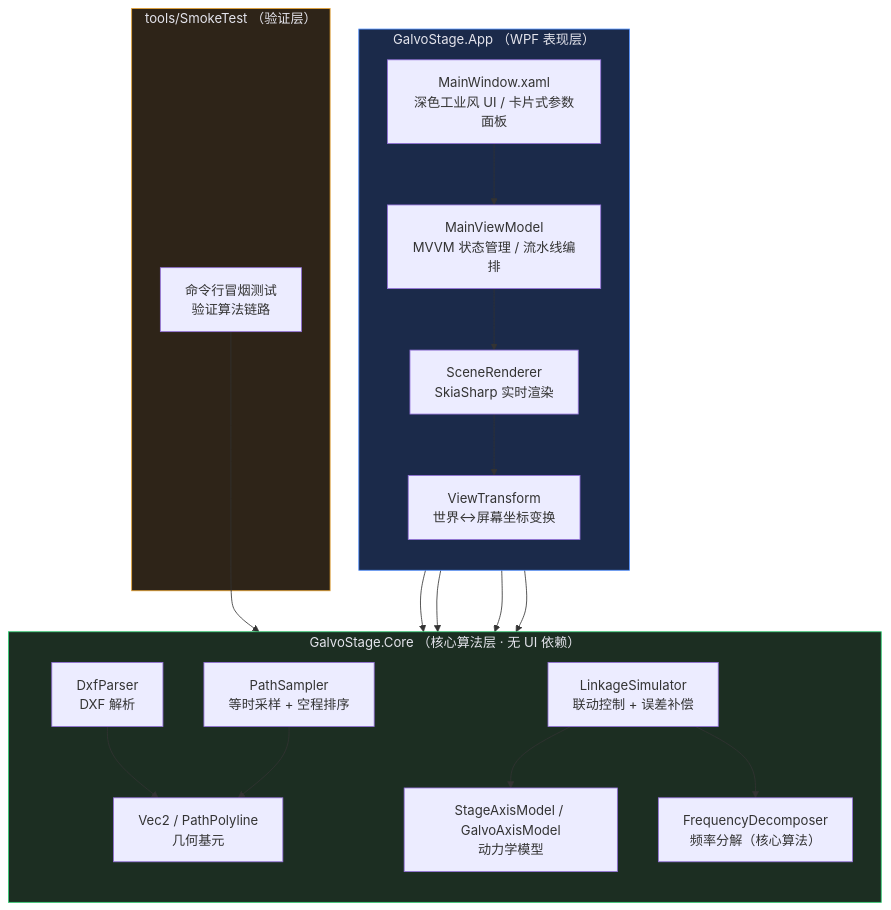
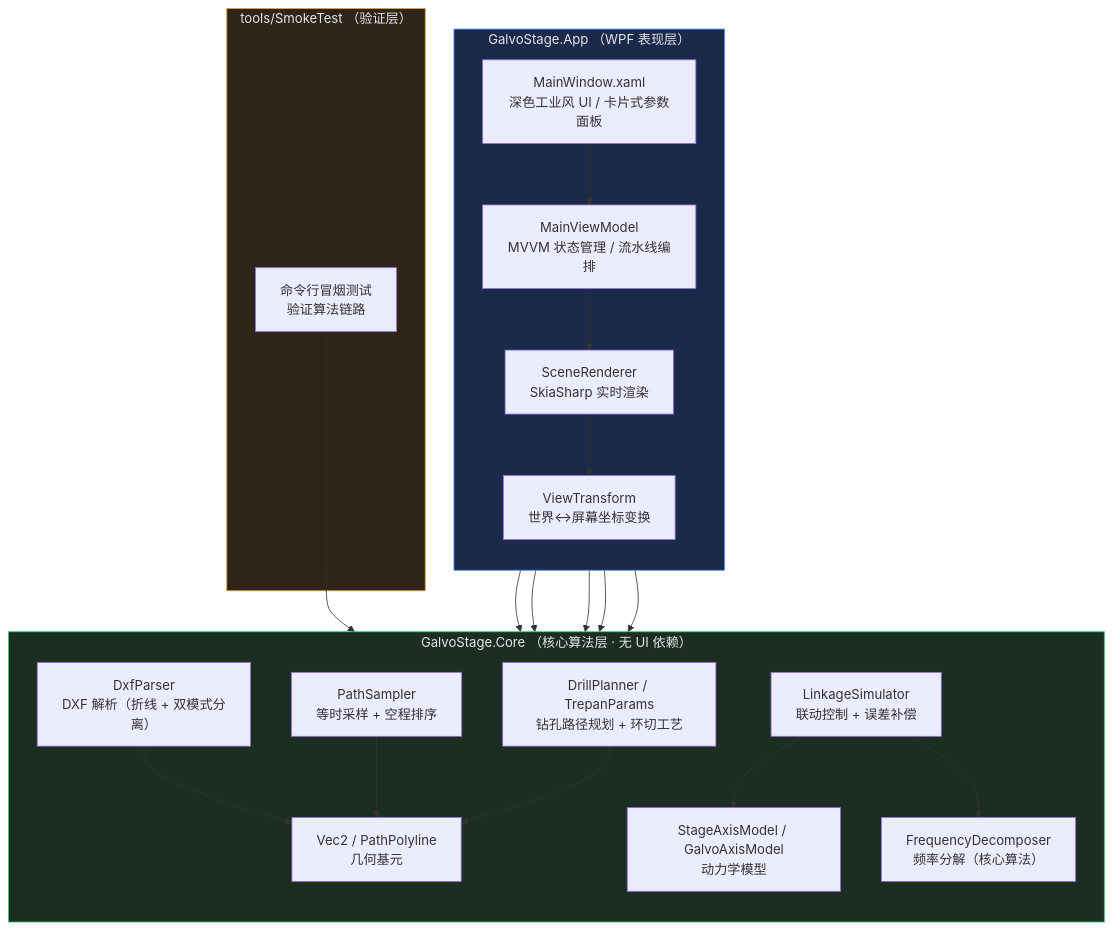
One commit to SmileBoy-TommyDu/GalvoStageMoveCooperation changed the first of 8 diagrams in docs/架构图.md. Above: the diagram before and after it, drawn with Mermaid. The commit also changed other lines of this file and 16 other files, not shown here.

````diff
--- a/docs/架构图.md
+++ b/docs/架构图.md
@@ -11,41 +11,44 @@
 ```mermaid
 flowchart TB
     subgraph App["GalvoStage.App （WPF 表现层）"]
         direction TB
         XAML["MainWindow.xaml<br/>深色工业风 UI / 卡片式参数面板"]
         VM["MainViewModel<br/>MVVM 状态管理 / 流水线编排"]
         Render["SceneRenderer<br/>SkiaSharp 实时渲染"]
         VT["ViewTransform<br/>世界↔屏幕坐标变换"]
     end
 
     subgraph Core["GalvoStage.Core （核心算法层 · 无 UI 依赖）"]
         direction TB
-        Dxf["DxfParser<br/>DXF 解析"]
+        Dxf["DxfParser<br/>DXF 解析（折线 + 双模式分离）"]
         Geo["Vec2 / PathPolyline<br/>几何基元"]
         Sampler["PathSampler<br/>等时采样 + 空程排序"]
         Freq["FrequencyDecomposer<br/>频率分解（核心算法）"]
+        Drill["DrillPlanner / TrepanParams<br/>钻孔路径规划 + 环切工艺"]
         Sim["LinkageSimulator<br/>联动控制 + 误差补偿"]
         Axis["StageAxisModel / GalvoAxisModel<br/>动力学模型"]
     end
 
     subgraph Test["tools/SmokeTest （验证层）"]
         Smoke["命令行冒烟测试<br/>验证算法链路"]
     end
 
     XAML --> VM
     VM --> Render
     Render --> VT
     VM --> Dxf
     VM --> Sampler
     VM --> Freq
+    VM --> Drill
     VM --> Sim
     Dxf --> Geo
     Sampler --> Geo
+    Drill --> Geo
     Sim --> Axis
     Sim --> Freq
     Smoke --> Core
 
     style App fill:#1B2A4A,stroke:#4C8DFF,color:#E4E4EC
     style Core fill:#1C2E22,stroke:#2ECC71,color:#E4E4EC
     style Test fill:#2E2418,stroke:#E6A02E,color:#E4E4EC
 ```
````
